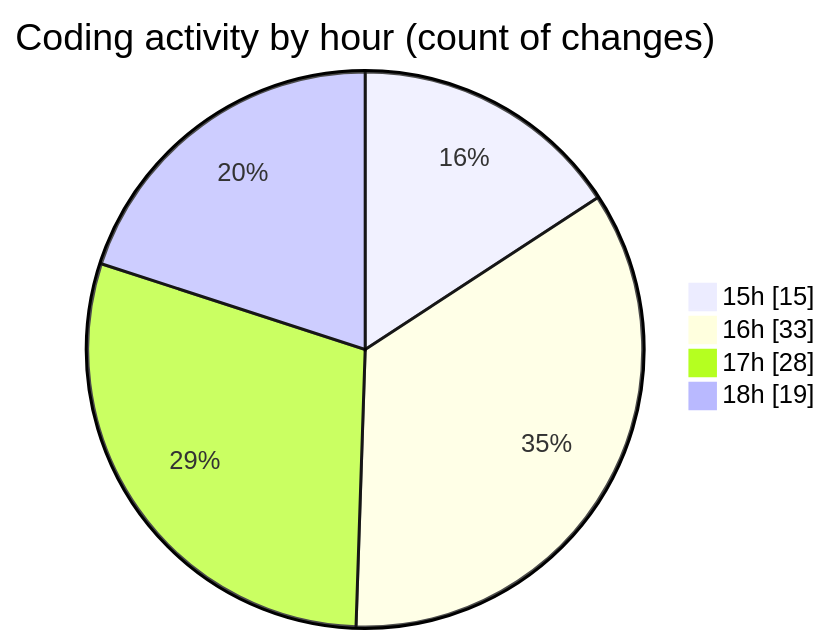
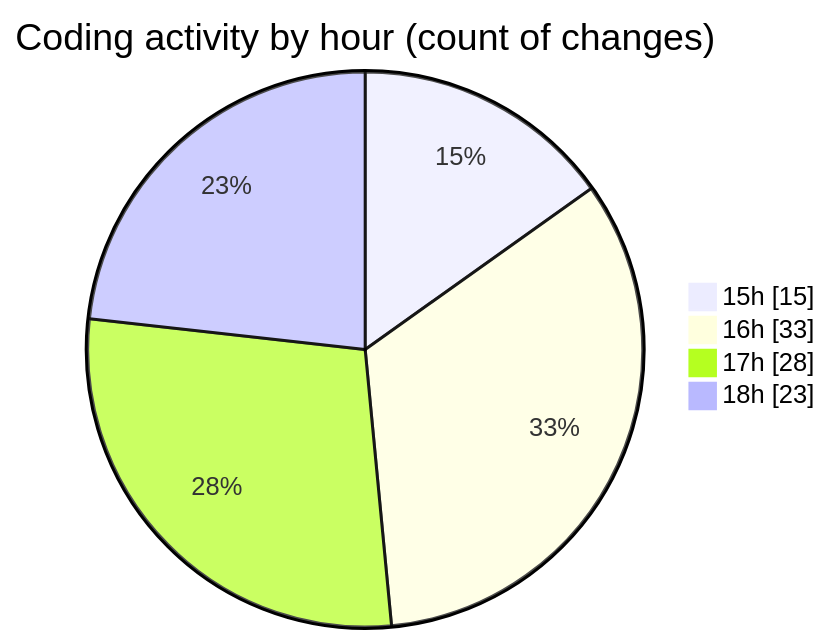
One commit to donsfak/code-tracking changed the second of 2 diagrams in 2025-02-25/trackers_app/README.md. Above: the diagram before and after it, drawn with Mermaid. The commit also changed other lines of this file and 1 other file, not shown here.

````diff
--- a/2025-02-25/trackers_app/README.md
+++ b/2025-02-25/trackers_app/README.md
@@ -40,8 +40,8 @@
 ```mermaid
 pie showData
 title Coding activity by hour (count of changes)
 "15h" : 15
 "16h" : 33
 "17h" : 28
-"18h" : 19
+"18h" : 23
 ```
````
